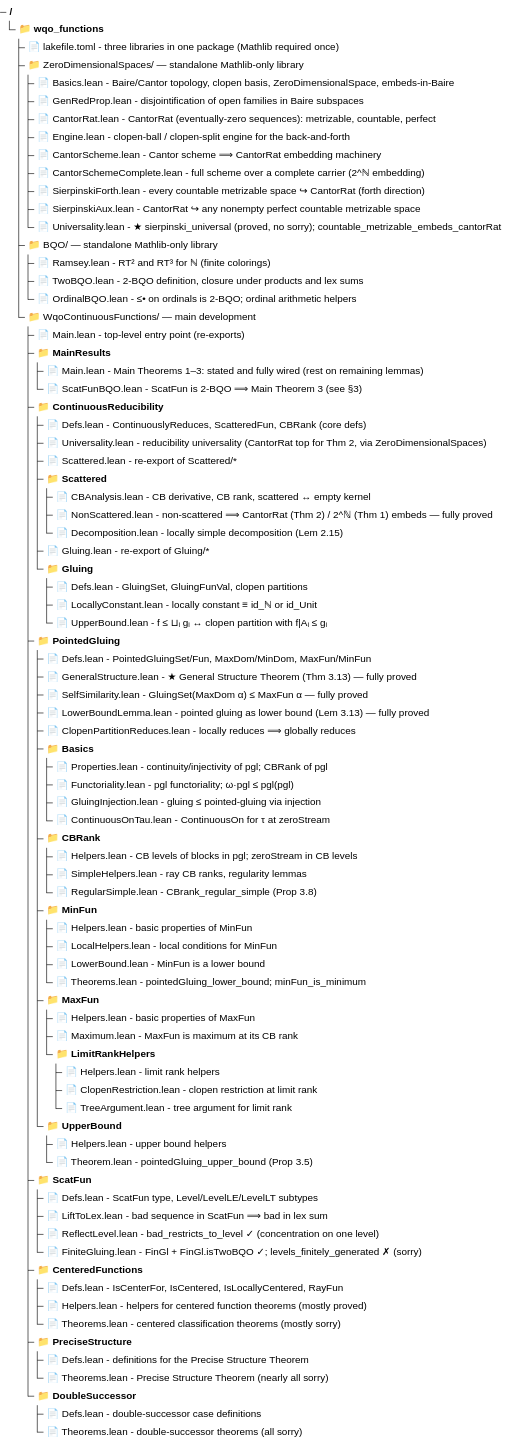
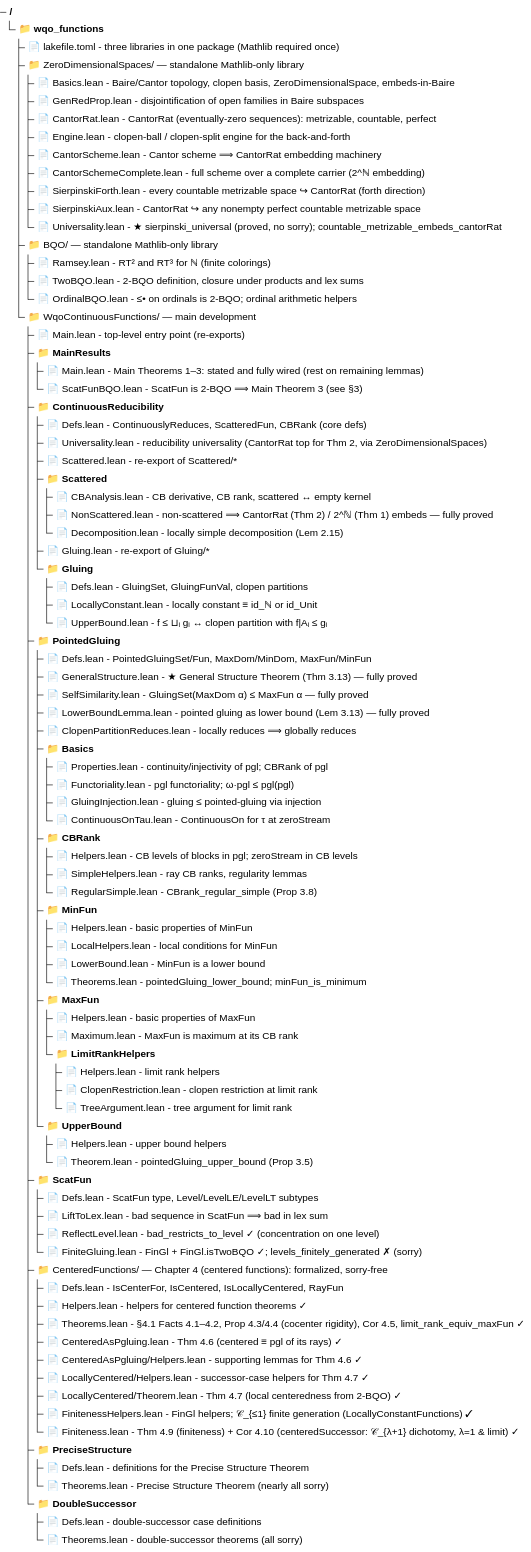
One commit to yannpequignot/lean-wqo-continuous-functions changed the first of 2 diagrams in STRUCTURE.md. Above: the diagram before and after it, drawn with Mermaid. The commit also changed other lines of this file and 12 other files, not shown here.

```diff
--- a/STRUCTURE.md
+++ b/STRUCTURE.md
@@ -80,10 +80,16 @@
         "📄 LiftToLex.lean - bad sequence in ScatFun ⟹ bad in lex sum"
         "📄 ReflectLevel.lean - bad_restricts_to_level ✓ (concentration on one level)"
         "📄 FiniteGluing.lean - FinGl + FinGl.isTwoBQO ✓; levels_finitely_generated ✗ (sorry)"
-      "📁 CenteredFunctions/"
+      "📁 CenteredFunctions/ — Chapter 4 (centered functions): formalized, sorry-free"
         "📄 Defs.lean - IsCenterFor, IsCentered, IsLocallyCentered, RayFun"
-        "📄 Helpers.lean - helpers for centered function theorems (mostly proved)"
-        "📄 Theorems.lean - centered classification theorems (mostly sorry)"
+        "📄 Helpers.lean - helpers for centered function theorems ✓"
+        "📄 Theorems.lean - §4.1 Facts 4.1–4.2, Prop 4.3/4.4 (cocenter rigidity), Cor 4.5, limit_rank_equiv_maxFun ✓"
+        "📄 CenteredAsPgluing.lean - Thm 4.6 (centered ≡ pgl of its rays) ✓"
+        "📄 CenteredAsPgluing/Helpers.lean - supporting lemmas for Thm 4.6 ✓"
+        "📄 LocallyCentered/Helpers.lean - successor-case helpers for Thm 4.7 ✓"
+        "📄 LocallyCentered/Theorem.lean - Thm 4.7 (local centeredness from 2-BQO) ✓"
+        "📄 FinitenessHelpers.lean - FinGl helpers; 𝒞_{≤1} finite generation (LocallyConstantFunctions) ✓"
+        "📄 Finiteness.lean - Thm 4.9 (finiteness) + Cor 4.10 (centeredSuccessor: 𝒞_{λ+1} dichotomy, λ=1 & limit) ✓"
       "📁 PreciseStructure/"
         "📄 Defs.lean - definitions for the Precise Structure Theorem"
         "📄 Theorems.lean - Precise Structure Theorem (nearly all sorry)"
```
